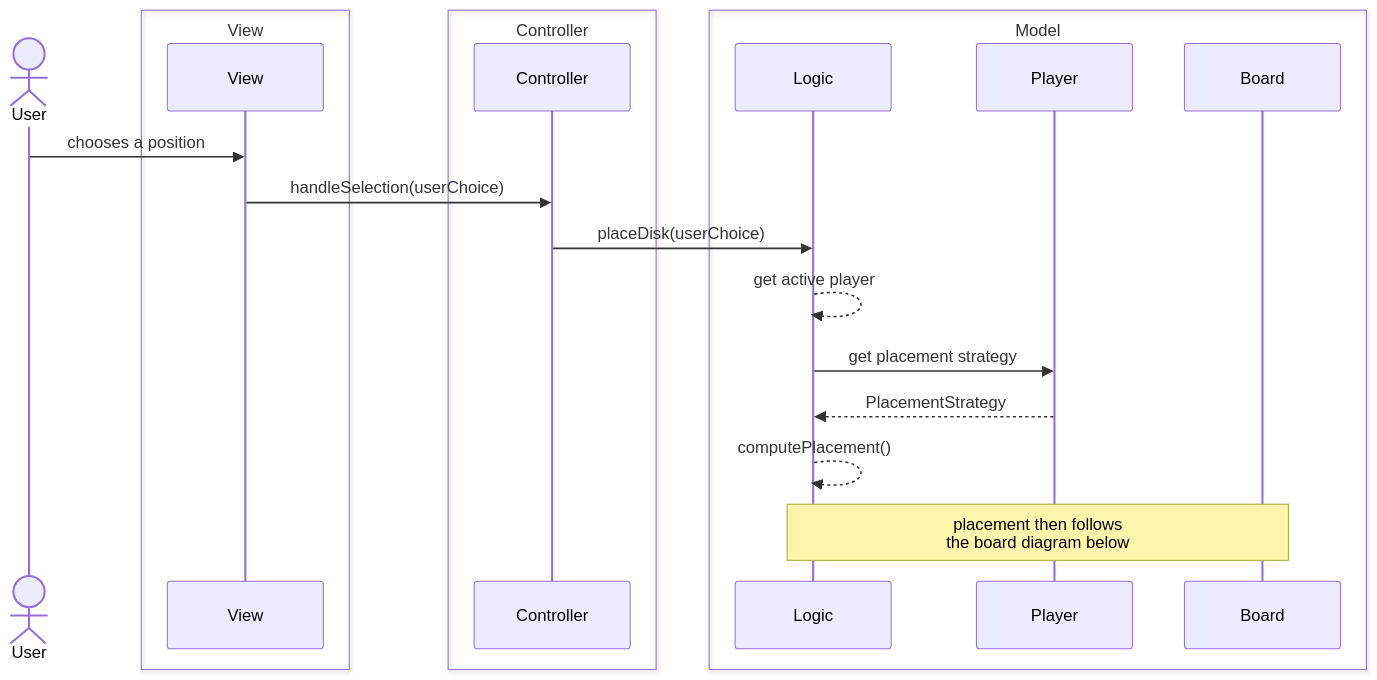
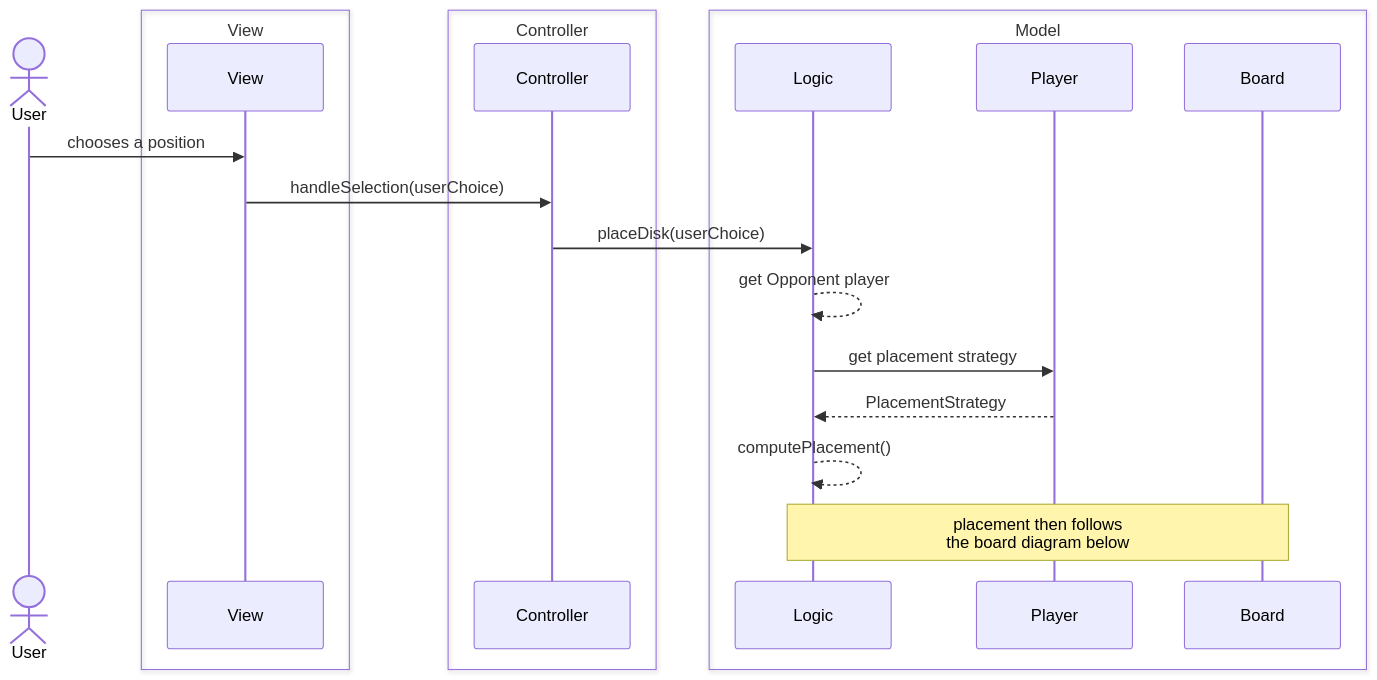
Before and after one commit to Borgotto/PPS-25-scalatello: the fourth of 11 diagrams in docs/report/4-detailed-design.md, drawn with Mermaid. The commit also changed other lines of this file, not shown here.

Commit message:
Update my section of detailed design about SaveManager, Strategy and Player

````diff
--- a/docs/report/4-detailed-design.md
+++ b/docs/report/4-detailed-design.md
@@ -111,23 +103,23 @@
 ```mermaid
 sequenceDiagram
     actor User
     box View
     participant View
     end
     box Controller
     participant Controller
     end
     box Model
     participant Logic
     participant Player
     participant Board
     end
     User->>View: chooses a position
     View->>Controller: handleSelection(userChoice)
     Controller->>Logic: placeDisk(userChoice)
-    Logic-->>Logic: get active player
+    Logic-->>Logic: get Opponent player
     Logic->>Player: get placement strategy
     Player-->>Logic: PlacementStrategy
     Logic-->>Logic: computePlacement()
     Note over Logic, Board: placement then follows<br> the board diagram below
 ```
````
